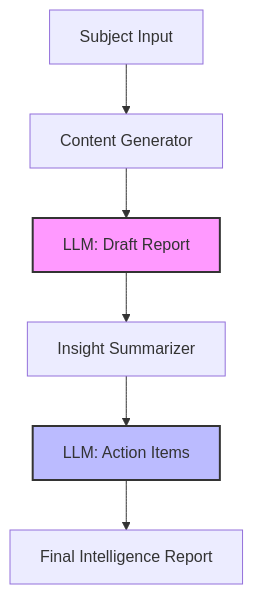
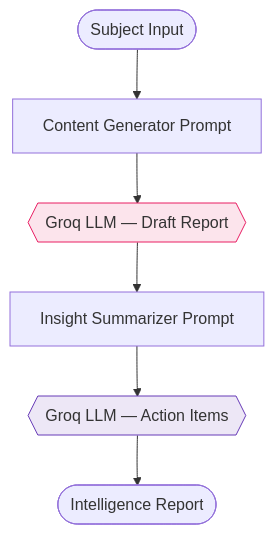
Before and after one commit to Zahir-Ahmad9897/Agent-Tracking-Using-LangSmith: the second of 3 diagrams in README.md, drawn with Mermaid. The commit also changed other lines of this file and 2 other files, not shown here.

````diff
--- a/README.md
+++ b/README.md
@@ -38,11 +81,11 @@
 ```mermaid
 graph TD
-    A[Subject Input] --> B[Content Generator]
-    B --> C[LLM: Draft Report]
-    C --> D[Insight Summarizer]
-    D --> E[LLM: Action Items]
-    E --> F[Final Intelligence Report]
-    
-    style C fill:#f9f,stroke:#333,stroke-width:2px
-    style E fill:#bbf,stroke:#333,stroke-width:2px
+    A([Subject Input]) --> B[Content Generator Prompt]
+    B --> C{{Groq LLM — Draft Report}}
+    C --> D[Insight Summarizer Prompt]
+    D --> E{{Groq LLM — Action Items}}
+    E --> F([Intelligence Report])
+
+    style C fill:#FCE4EC,stroke:#E91E63
+    style E fill:#EDE7F6,stroke:#673AB7
 ```
````
